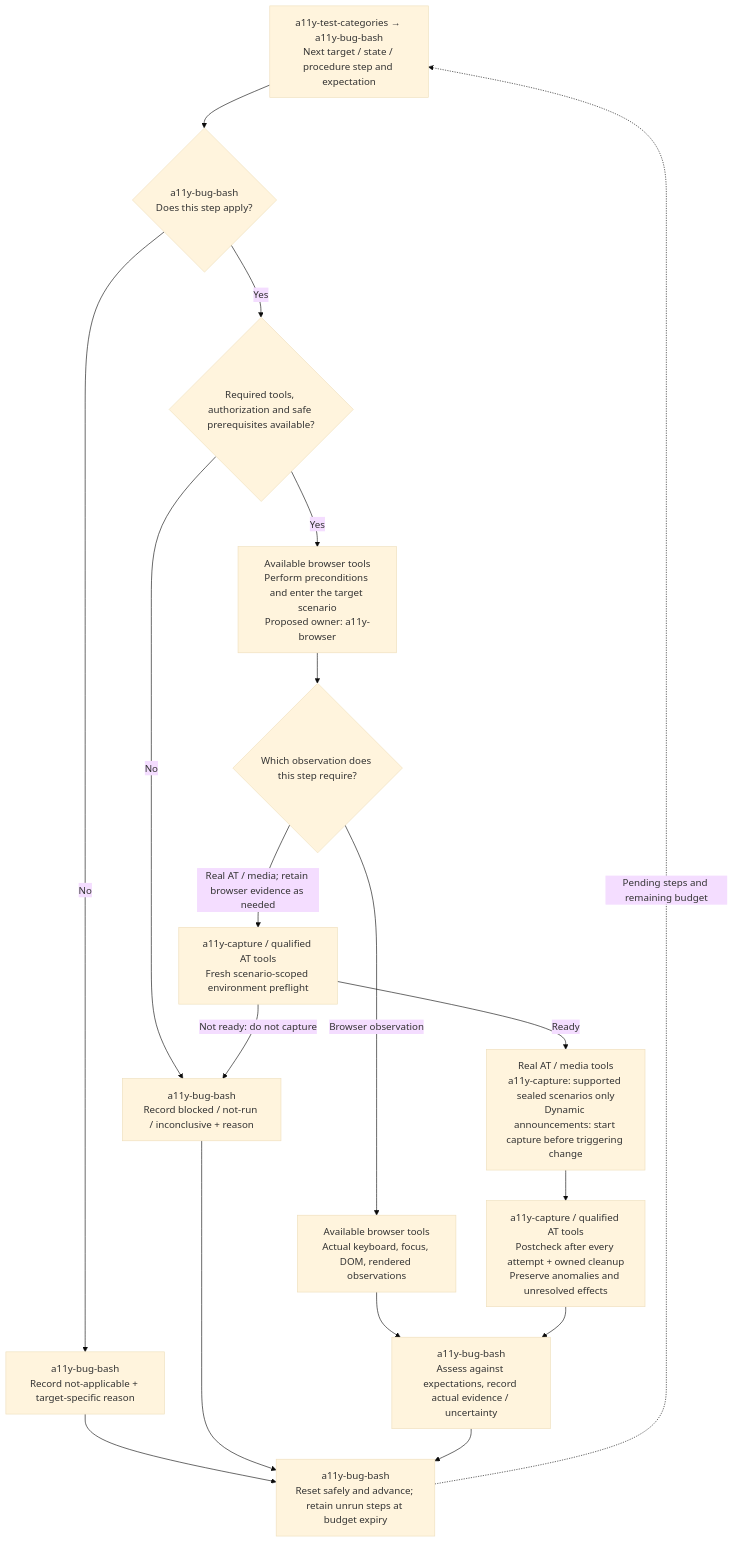
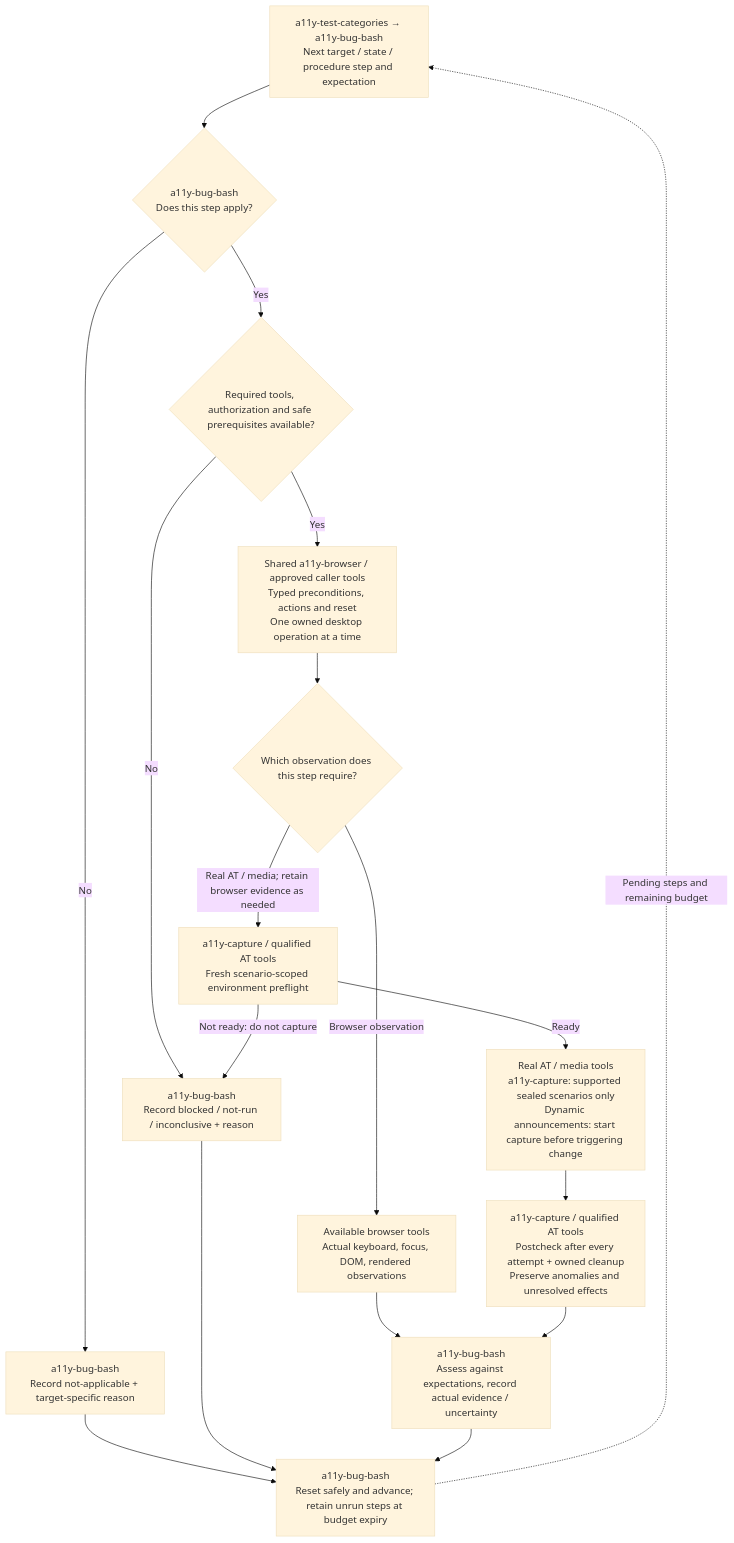
The second of 2 diagrams in docs/BUG-BASH-ARCHITECTURE.md (kaixun96/dev.A11yAssist), drawn with Mermaid (base theme) before and after one commit. The commit also changed other lines of this file and 231 other files, not shown here.

````diff
--- a/docs/BUG-BASH-ARCHITECTURE.md
+++ b/docs/BUG-BASH-ARCHITECTURE.md
@@ -114,27 +118,27 @@
 ```mermaid
 flowchart TD
     C["a11y-test-categories → a11y-bug-bash<br/>Next target / state / procedure step and expectation"]
     Q{"a11y-bug-bash<br/>Does this step apply?"}
     N["a11y-bug-bash<br/>Record not-applicable + target-specific reason"]
     T{"Required tools, authorization and safe prerequisites available?"}
     X["a11y-bug-bash<br/>Record blocked / not-run / inconclusive + reason"]
-    B["Available browser tools<br/>Perform preconditions and enter the target scenario<br/>Proposed owner: a11y-browser"]
+    B["Shared a11y-browser / approved caller tools<br/>Typed preconditions, actions and reset<br/>One owned desktop operation at a time"]
     D{"Which observation does this step require?"}
     W["Available browser tools<br/>Actual keyboard, focus, DOM, rendered observations"]
     PRE["a11y-capture / qualified AT tools<br/>Fresh scenario-scoped environment preflight"]
     AT["Real AT / media tools<br/>a11y-capture: supported sealed scenarios only<br/>Dynamic announcements: start capture before triggering change"]
     POST["a11y-capture / qualified AT tools<br/>Postcheck after every attempt + owned cleanup<br/>Preserve anomalies and unresolved effects"]
     F["a11y-bug-bash<br/>Assess against expectations, record actual evidence / uncertainty"]
     L["a11y-bug-bash<br/>Reset safely and advance; retain unrun steps at budget expiry"]
     C --> Q
     Q -- "No" --> N --> L
     Q -- "Yes" --> T
     T -- "No" --> X --> L
     T -- "Yes" --> B --> D
     D -- "Browser observation" --> W --> F
     D -- "Real AT / media; retain browser evidence as needed" --> PRE
     PRE -- "Ready" --> AT --> POST --> F
     PRE -- "Not ready: do not capture" --> X
     F --> L
     L -. "Pending steps and remaining budget" .-> C
 ```
````
